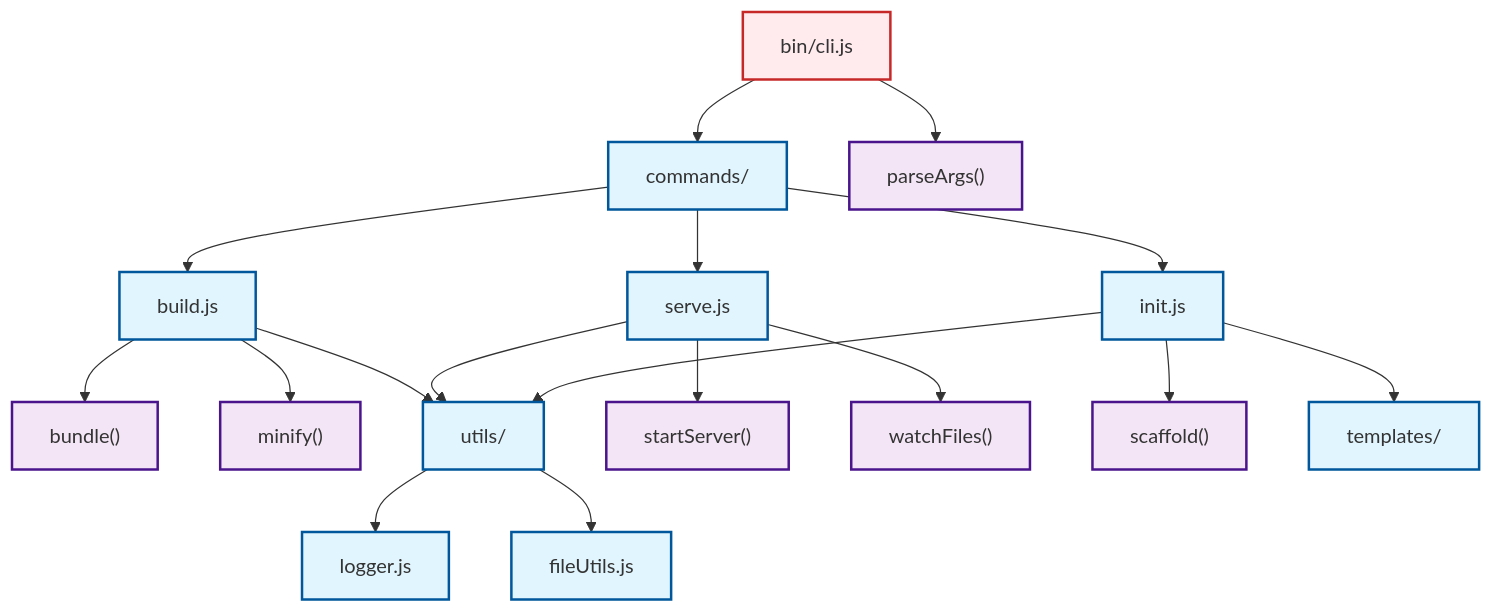
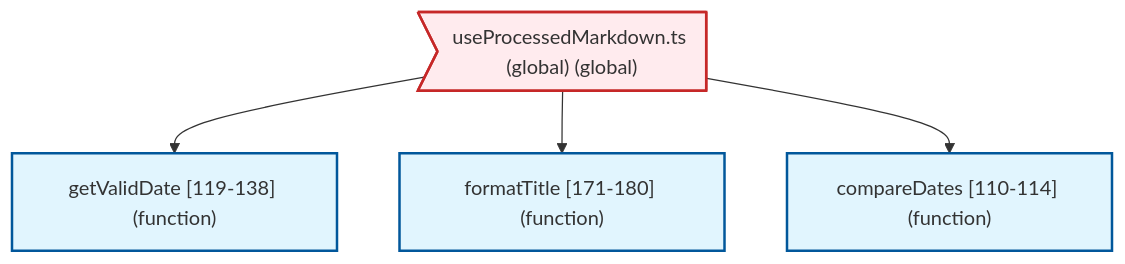
One commit to ejfox/code-network-gen changed the first of 2 diagrams in README.md. Above: the diagram before and after it, drawn with Mermaid. The commit also changed other lines of this file and 12 other files, not shown here.

````diff
--- a/README.md
+++ b/README.md
@@ -34,31 +10,24 @@
 ```mermaid
 flowchart TD
-    bin["bin/cli.js"] --> cmd["commands/"]
-    bin --> parse["parseArgs()"]
-    
-    cmd --> build["build.js"]
-    cmd --> serve["serve.js"] 
-    cmd --> init["init.js"]
-    
-    build --> bundle["bundle()"]
-    build --> minify["minify()"]
-    build --> utils["utils/"]
-    
-    serve --> server["startServer()"]
-    serve --> watch["watchFiles()"]
-    serve --> utils
-    
-    init --> scaffold["scaffold()"]
-    init --> template["templates/"]
-    init --> utils
-    
-    utils --> log["logger.js"]
-    utils --> file["fileUtils.js"]
-    
-    classDef entryNode fill:#ffebee,stroke:#c62828,stroke-width:2px
-    classDef moduleNode fill:#e1f5fe,stroke:#01579b,stroke-width:2px  
-    classDef funcNode fill:#f3e5f5,stroke:#4a148c,stroke-width:2px
-    class bin entryNode
-    class cmd,build,serve,init,utils,log,file,template moduleNode
-    class parse,bundle,minify,server,watch,scaffold funcNode
+    %% Code Network Analysis - Generated by code-network-gen
+    %% Total nodes: 4, Total edges: 3
+
+    useProcessedMarkdown_ts_compareDates["compareDates [110-114] (function)"]
+    useProcessedMarkdown_ts_getValidDate["getValidDate [119-138] (function)"]
+    useProcessedMarkdown_ts_formatTitle["formatTitle [171-180] (function)"]
+    useProcessedMarkdown_ts_global>"useProcessedMarkdown.ts (global) (global)"]
+
+    %% Connections
+    useProcessedMarkdown_ts_global --> useProcessedMarkdown_ts_getValidDate
+    useProcessedMarkdown_ts_global --> useProcessedMarkdown_ts_formatTitle
+    useProcessedMarkdown_ts_global --> useProcessedMarkdown_ts_compareDates
+
+    %% Styling
+    classDef functionClass fill:#e1f5fe,stroke:#01579b,stroke-width:2px
+    classDef methodClass fill:#f3e5f5,stroke:#4a148c,stroke-width:2px
+    classDef classClass fill:#fff3e0,stroke:#e65100,stroke-width:2px
+    classDef vueMethodClass fill:#e8f5e8,stroke:#1b5e20,stroke-width:2px
+    classDef globalClass fill:#ffebee,stroke:#c62828,stroke-width:2px
+    class useProcessedMarkdown_ts_compareDates,useProcessedMarkdown_ts_getValidDate,useProcessedMarkdown_ts_formatTitle functionClass
+    class useProcessedMarkdown_ts_global globalClass
 ```
````
